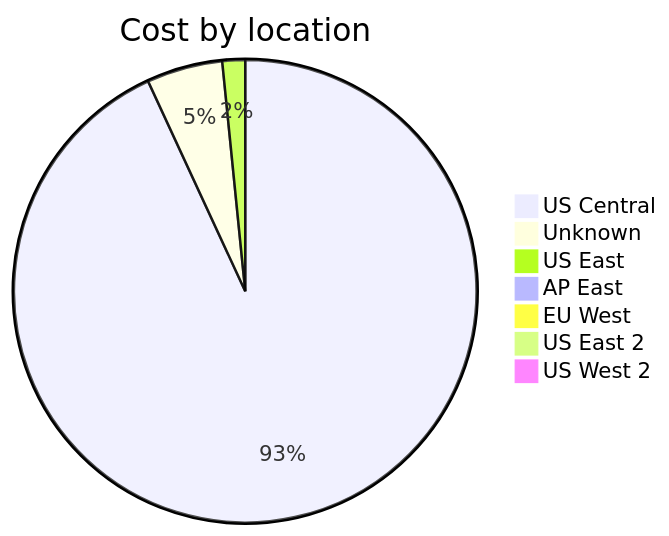
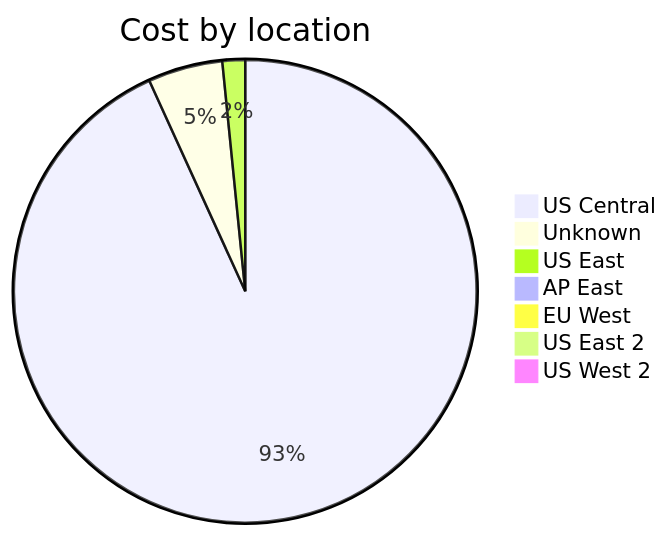
Before and after one commit to jpfulton/azure-personal-reports: the third of 4 diagrams in cost-reports/accumulated-cost.md, drawn with Mermaid. The commit also changed other lines of this file and 4 other files, not shown here.

````diff
--- a/cost-reports/accumulated-cost.md
+++ b/cost-reports/accumulated-cost.md
@@ -119,11 +121,11 @@
 ```mermaid
 pie
    title Cost by location
-   "US Central" : 3.51
-   "Unknown" : 0.20
-   "US East" : 0.06
+   "US Central" : 4.11
+   "Unknown" : 0.23
+   "US East" : 0.07
    "AP East" : 0.00
    "EU West" : 0.00
    "US East 2" : 0.00
    "US West 2" : 0.00
 ```
````
